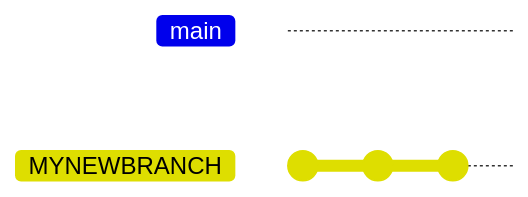
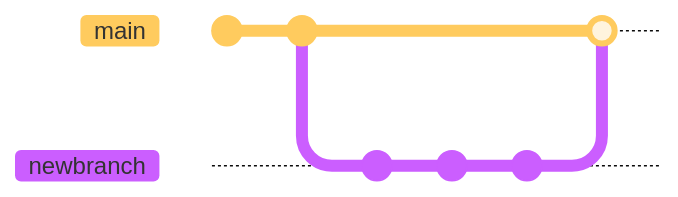
The diagram in docs/4_version_control.md (mamonu/boldbestpractice), drawn with Mermaid before and after one commit. The commit also changed other lines of this file, not shown here. Commit ids are hidden.

````diff
--- a/docs/4_version_control.md
+++ b/docs/4_version_control.md
@@ -23,10 +23,14 @@
-``` mermaid
-%%{init: { 'logLevel': 'debug', 'theme': 'default' } }%%
-      gitGraph
-        branch MYNEWBRANCH
-        checkout MYNEWBRANCH
-        commit
-        commit
-        commit
-        checkout main
+```mermaid
+%%{init: { 'logLevel': 'debug', 'theme': 'base', 'gitGraph': {'rotateCommitLabel': true}} }%%
+gitGraph:
+checkout main
+commit
+commit
+branch newbranch
+checkout newbranch
+commit
+commit
+commit
+checkout main
+merge newbranch
 ```
````
